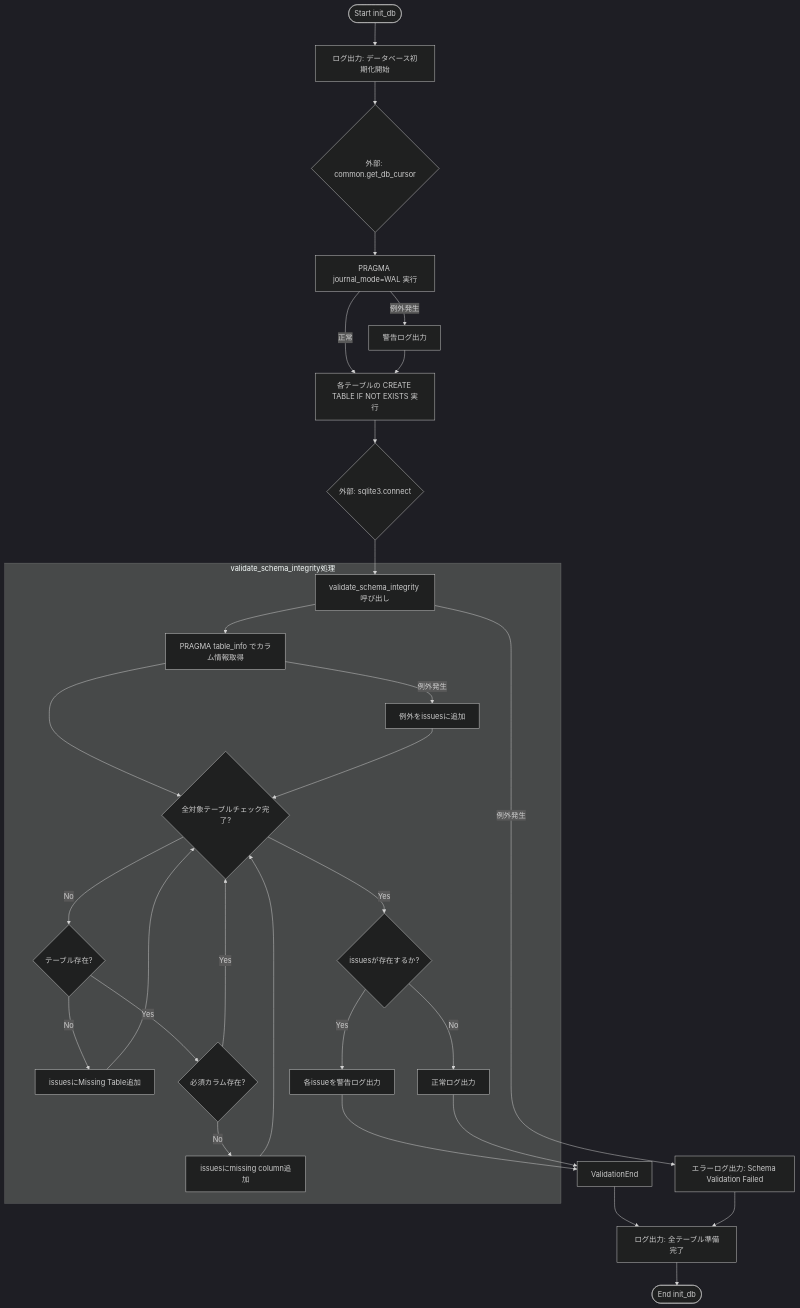
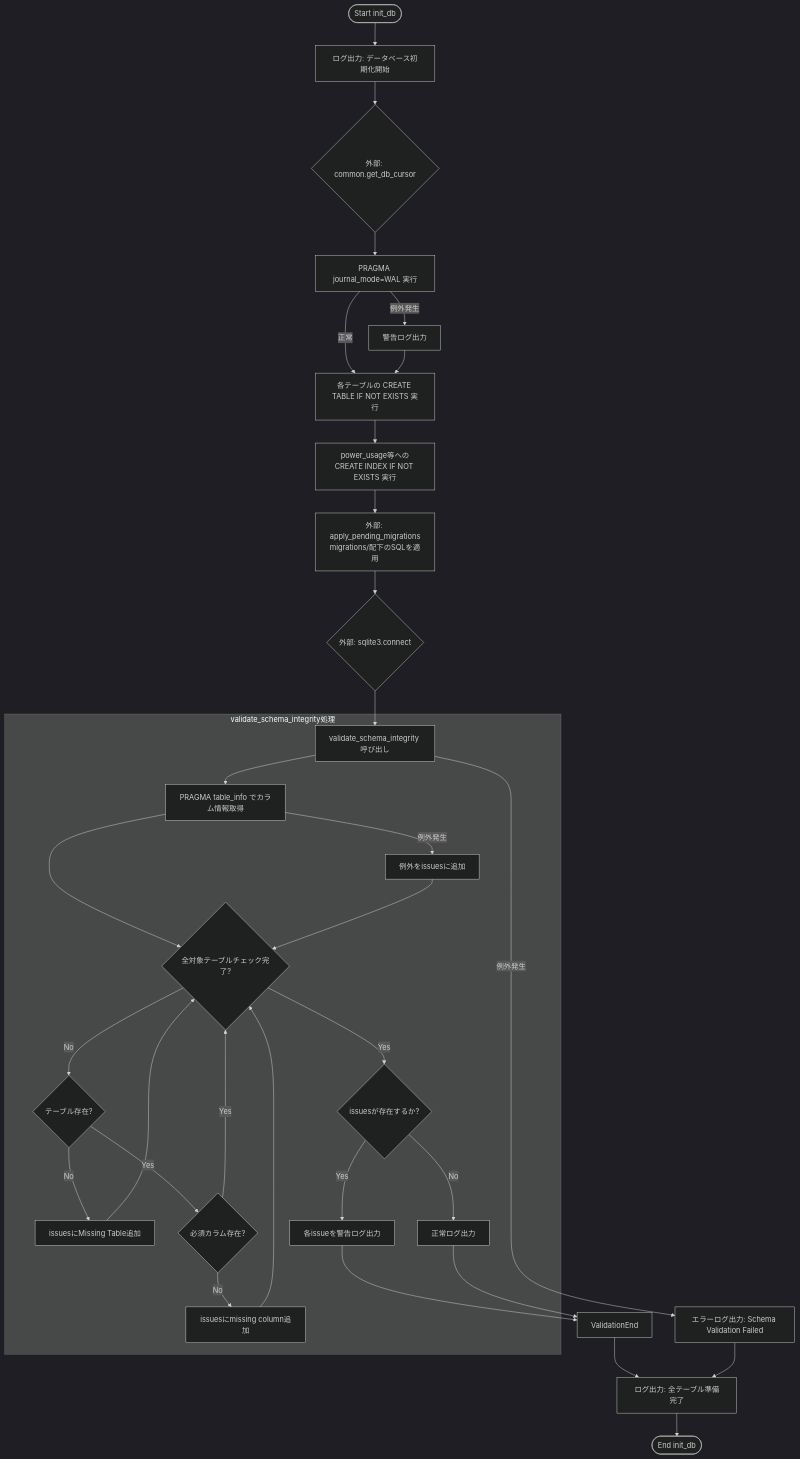
The first of 2 diagrams in docs/specifications/MY_HOME_SYSTEM/init_unified_db.md (mmtigers/my_python_project), drawn with Mermaid (dark theme) before and after one commit. The commit also changed other lines of this file and 8 other files, not shown here.

````diff
--- a/docs/specifications/MY_HOME_SYSTEM/init_unified_db.md
+++ b/docs/specifications/MY_HOME_SYSTEM/init_unified_db.md
@@ -92,36 +93,38 @@
 ```mermaid
 flowchart TD
     Start([Start init_db]) --> LogStart[ログ出力: データベース初期化開始]
     LogStart --> GetCursor{外部: common.get_db_cursor}
     GetCursor --> SetWAL[PRAGMA journal_mode=WAL 実行]
     SetWAL -- 例外発生 --> LogWALError[警告ログ出力]
     SetWAL -- 正常 --> CreateTables[各テーブルの CREATE TABLE IF NOT EXISTS 実行]
     LogWALError --> CreateTables
-    CreateTables --> ConnectDB{外部: sqlite3.connect}
+    CreateTables --> CreateIndexes[power_usage等への<br>CREATE INDEX IF NOT EXISTS 実行]
+    CreateIndexes --> ApplyMigrations[外部: apply_pending_migrations<br>migrations/配下のSQLを適用]
+    ApplyMigrations --> ConnectDB{外部: sqlite3.connect}
     ConnectDB --> CallValidate[validate_schema_integrity 呼び出し]
     
     subgraph validate_schema_integrity処理
         CallValidate --> GetSchemaInfo[PRAGMA table_info でカラム情報取得]
         GetSchemaInfo --> CheckTables{全対象テーブルチェック完了?}
         CheckTables -- No --> TableExist{テーブル存在?}
         TableExist -- No --> AddIssueMissing[issuesにMissing Table追加]
         TableExist -- Yes --> ColExist{必須カラム存在?}
         ColExist -- No --> AddIssueCol[issuesにmissing column追加]
         ColExist -- Yes --> CheckTables
         AddIssueMissing --> CheckTables
         AddIssueCol --> CheckTables
         GetSchemaInfo -- 例外発生 --> CatchPragma[例外をissuesに追加] --> CheckTables
         CheckTables -- Yes --> HasIssue{issuesが存在するか?}
         HasIssue -- Yes --> LogWarning[各issueを警告ログ出力]
         HasIssue -- No --> LogInfo[正常ログ出力]
     end
     
     LogWarning --> ValidationEnd
     LogInfo --> ValidationEnd
     
     ValidationEnd --> LogComplete[ログ出力: 全テーブル準備完了]
     CallValidate -- 例外発生 --> CatchValErr[エラーログ出力: Schema Validation Failed]
     CatchValErr --> LogComplete
     LogComplete --> End([End init_db])
 
 ```
````
